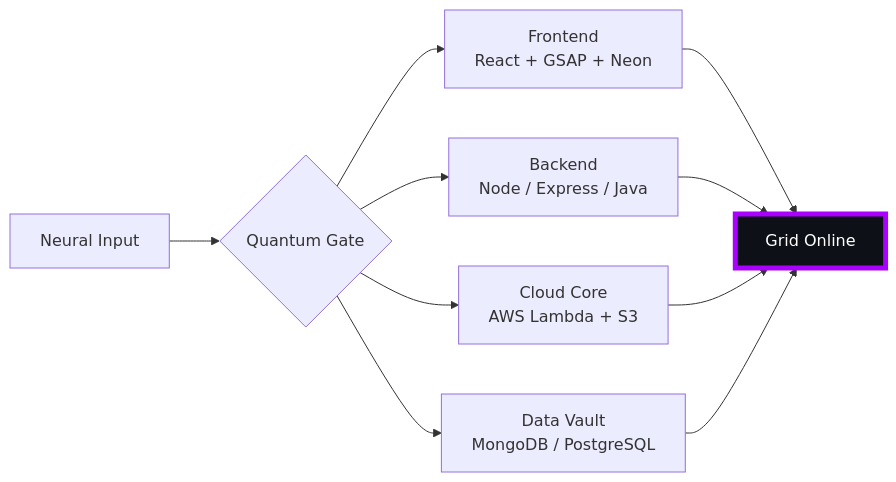
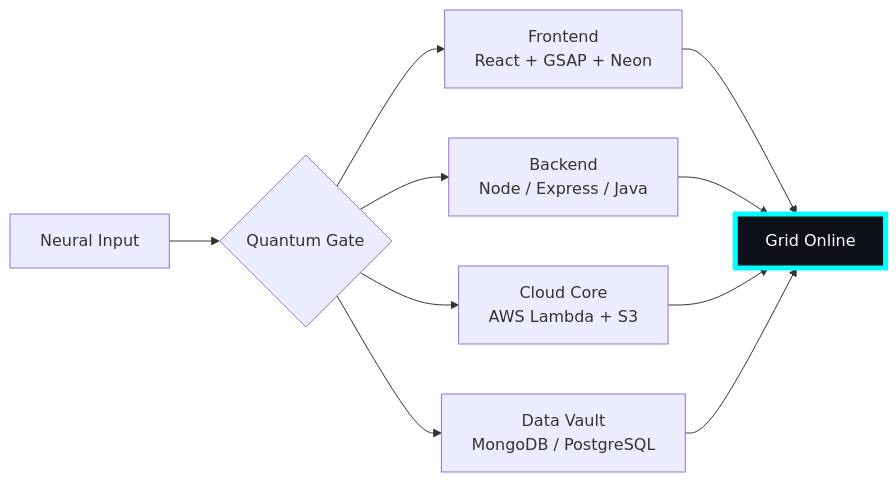
One commit to pendemvamsi/pendemvamsi changed the diagram in README.md. Above: the diagram before and after it, drawn with Mermaid. The commit also changed other lines of this file and 1 other file, not shown here.

````diff
--- a/README.md
+++ b/README.md
@@ -32,10 +32,10 @@
 ```mermaid
 flowchart LR
     U[Neural Input] --> G{Quantum Gate}
     G --> F[Frontend<br>React + GSAP + Neon]
     G --> B[Backend<br>Node / Express / Java]
     G --> C[Cloud Core<br>AWS Lambda + S3]
     G --> D[Data Vault<br>MongoDB / PostgreSQL]
     F & B & C & D --> O[Grid Online]
-    style O fill:#0d1117,stroke:#AA00FF,stroke-width:5px,color:#fff
+    style O fill:#0d1117,stroke:#00FFFF,stroke-width:5px,color:#fff
 ```
````
